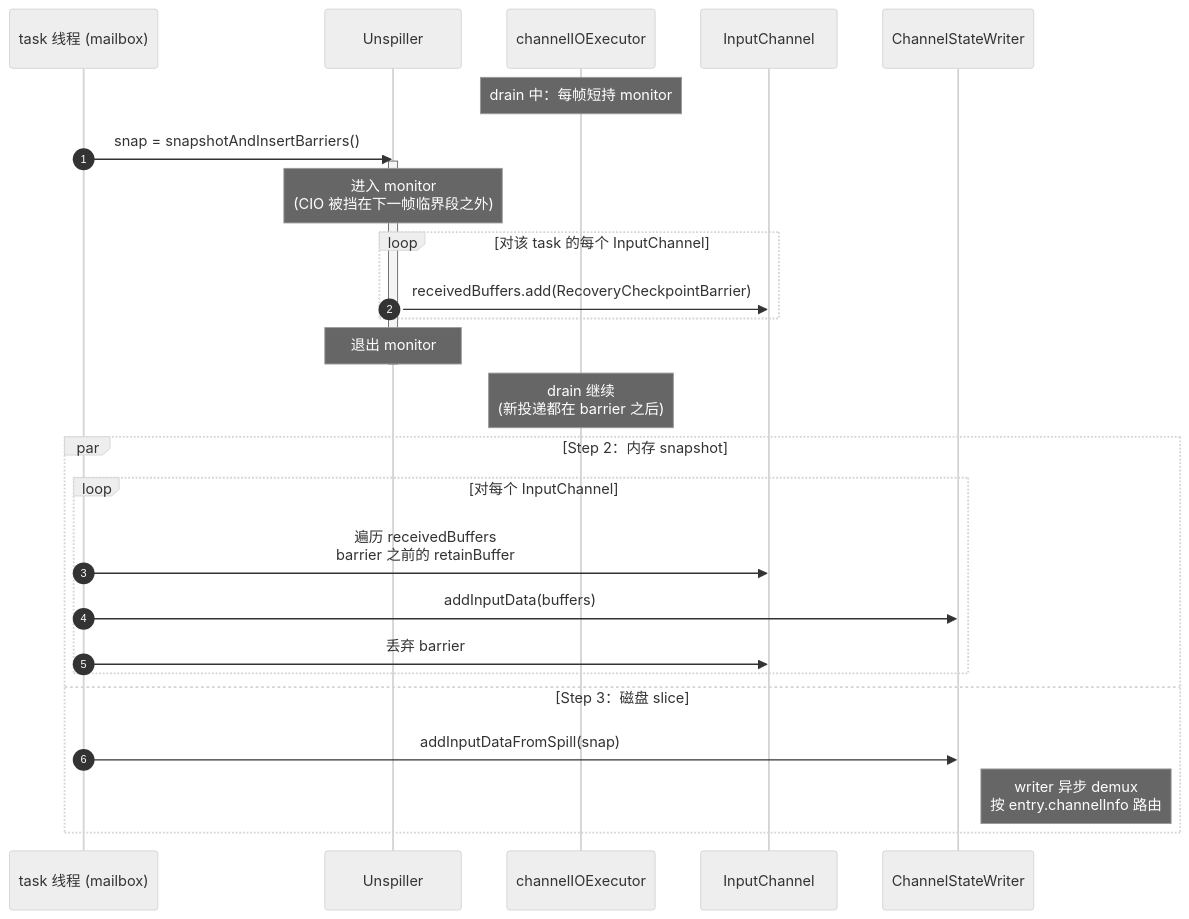
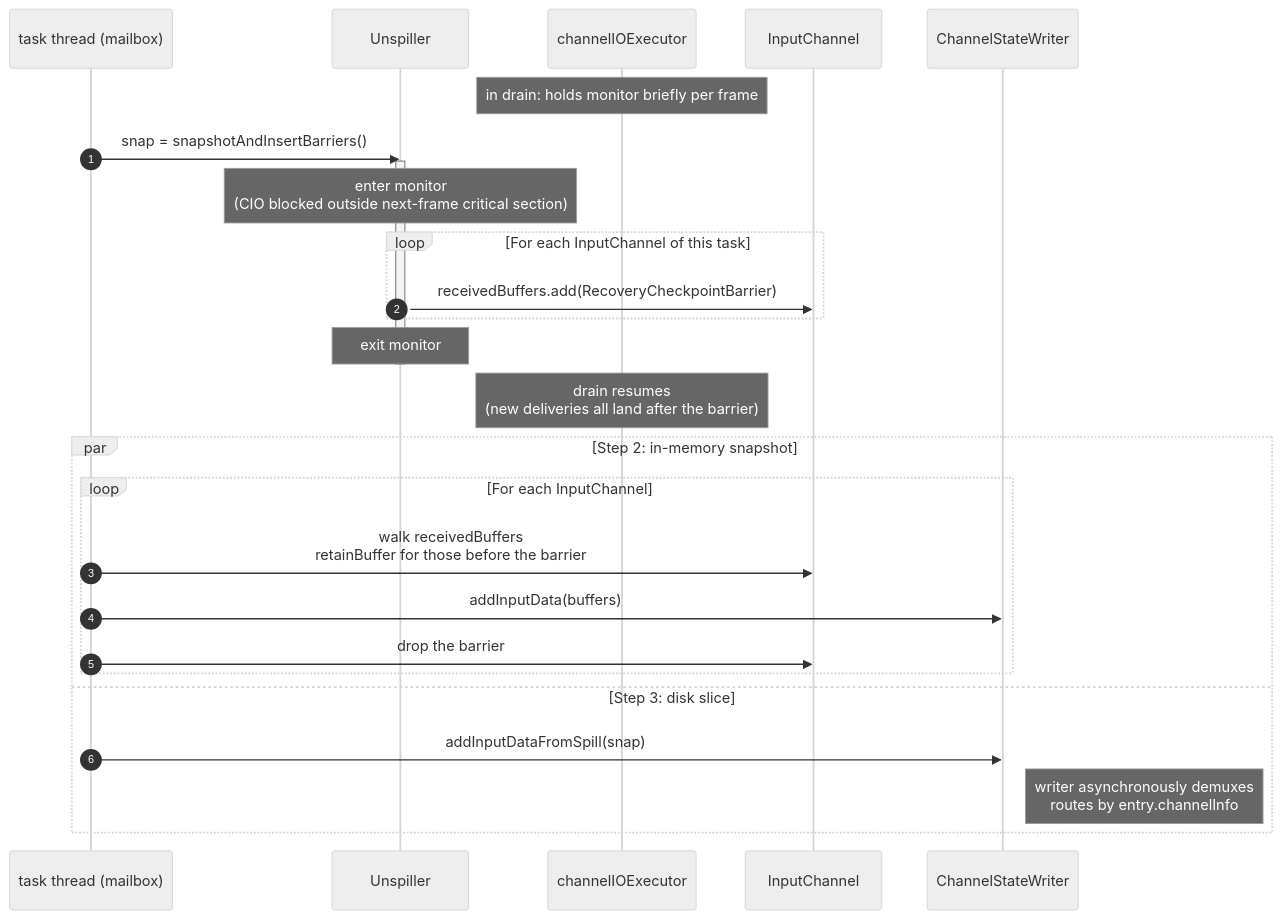
The diagram in requirements/38544/simplify_approach/coordination.md (1996fanrui/flink), drawn with Mermaid (neutral theme) before and after one commit. The commit also changed other lines of this file and 3 other files, not shown here.

````diff
--- a/requirements/38544/simplify_approach/coordination.md
+++ b/requirements/38544/simplify_approach/coordination.md
@@ -41,29 +41,29 @@
 ```mermaid
 sequenceDiagram
     autonumber
-    participant T as task 线程 (mailbox)
+    participant T as task thread (mailbox)
     participant U as Unspiller
     participant CIO as channelIOExecutor
     participant Ch as InputChannel
     participant W as ChannelStateWriter
-    Note over CIO: drain 中：每帧短持 monitor
+    Note over CIO: in drain: holds monitor briefly per frame
     T->>U: snap = snapshotAndInsertBarriers()
     activate U
-    Note over U: 进入 monitor<br/>(CIO 被挡在下一帧临界段之外)
-    loop 对该 task 的每个 InputChannel
+    Note over U: enter monitor<br/>(CIO blocked outside next-frame critical section)
+    loop For each InputChannel of this task
       U->>Ch: receivedBuffers.add(RecoveryCheckpointBarrier)
     end
-    Note over U: 退出 monitor
+    Note over U: exit monitor
     deactivate U
-    Note over CIO: drain 继续<br/>(新投递都在 barrier 之后)
-    par Step 2：内存 snapshot
-      loop 对每个 InputChannel
-        T->>Ch: 遍历 receivedBuffers<br/>barrier 之前的 retainBuffer
+    Note over CIO: drain resumes<br/>(new deliveries all land after the barrier)
+    par Step 2: in-memory snapshot
+      loop For each InputChannel
+        T->>Ch: walk receivedBuffers<br/>retainBuffer for those before the barrier
         T->>W: addInputData(buffers)
-        T->>Ch: 丢弃 barrier
+        T->>Ch: drop the barrier
       end
-    and Step 3：磁盘 slice
+    and Step 3: disk slice
       T->>W: addInputDataFromSpill(snap)
-      Note right of W: writer 异步 demux<br/>按 entry.channelInfo 路由
+      Note right of W: writer asynchronously demuxes<br/>routes by entry.channelInfo
     end
 ```
````
